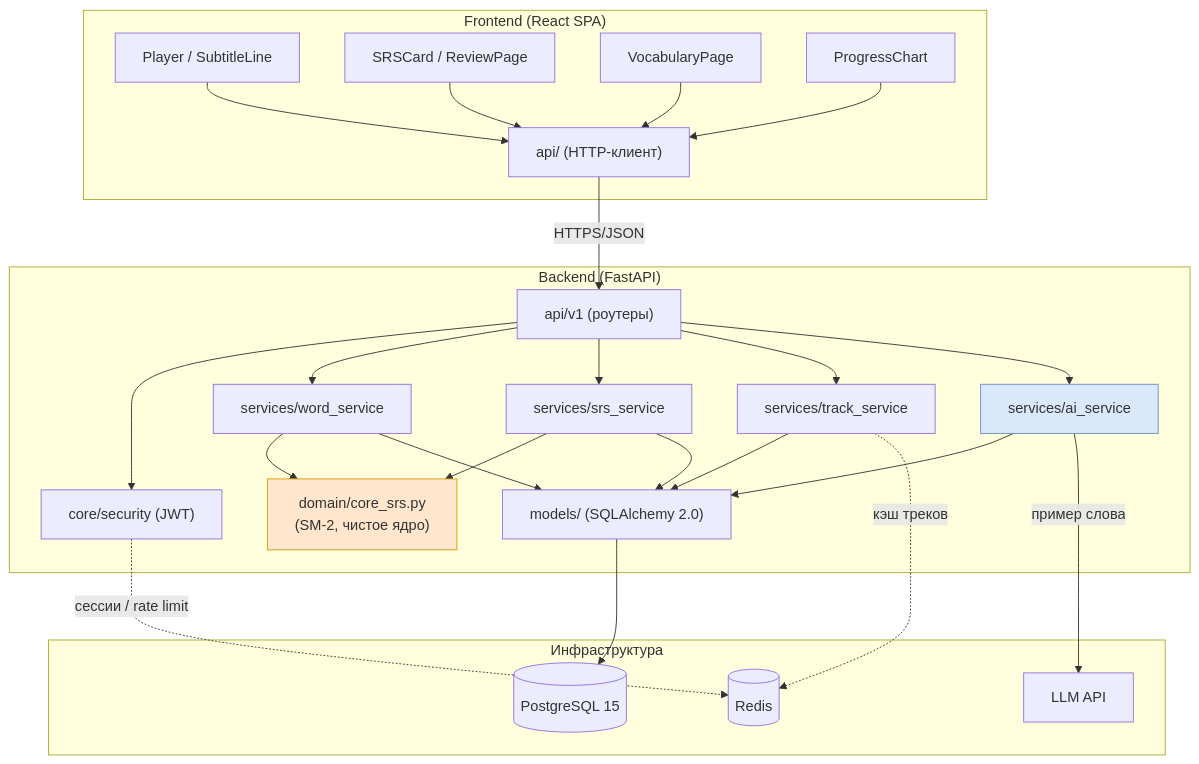
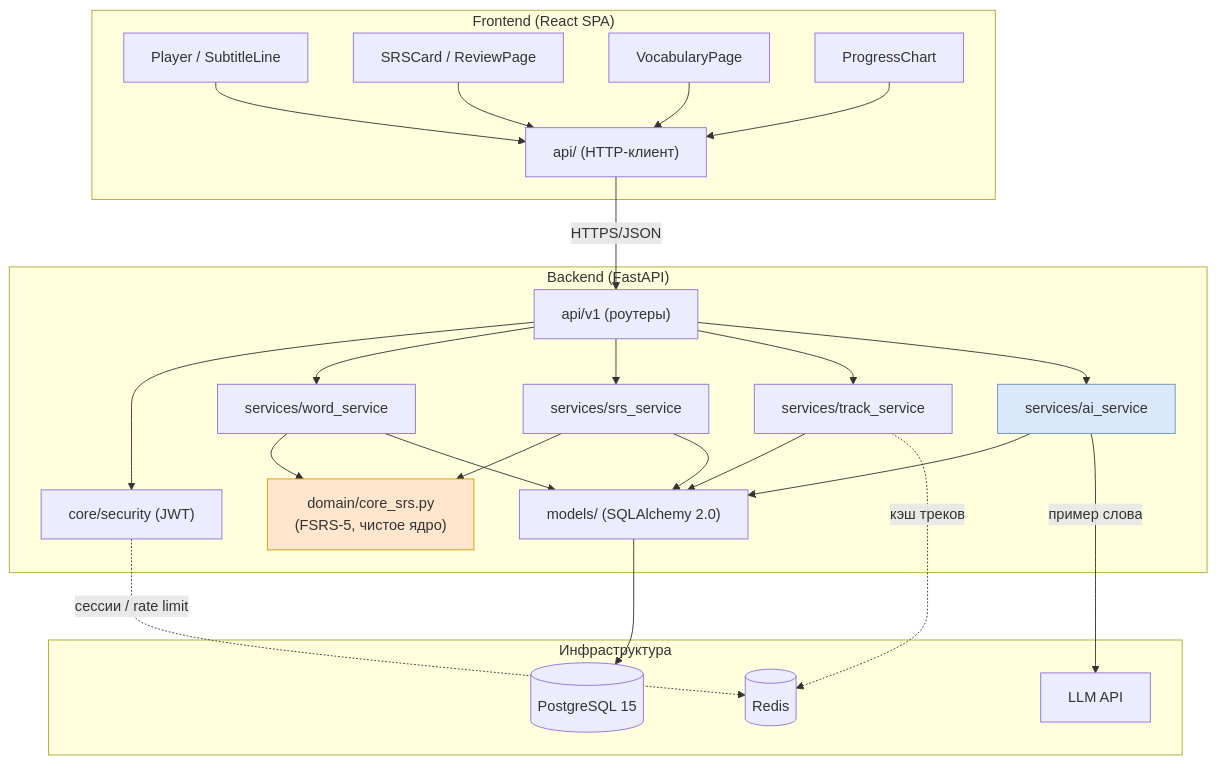
Before and after one commit to Have-A-Cigar/linguabeat: the fifth of 7 diagrams in docs/ARCHITECTURE.md, drawn with Mermaid. The commit also changed other lines of this file and 2 other files, not shown here.

First line of the commit message:
docs: fix SM-2 references to FSRS-5, clean up descriptions

````diff
--- a/docs/ARCHITECTURE.md
+++ b/docs/ARCHITECTURE.md
@@ -290,52 +290,52 @@
 ```mermaid
 graph TD
     subgraph Frontend["Frontend (React SPA)"]
         UI_Player["Player / SubtitleLine"]
         UI_SRS["SRSCard / ReviewPage"]
         UI_Vocab["VocabularyPage"]
         UI_Progress["ProgressChart"]
         API_Client["api/ (HTTP-клиент)"]
         UI_Player --> API_Client
         UI_SRS --> API_Client
         UI_Vocab --> API_Client
         UI_Progress --> API_Client
     end
 
     subgraph Backend["Backend (FastAPI)"]
         Router["api/v1 (роутеры)"]
         AuthC["core/security (JWT)"]
         WordSvc["services/word_service"]
         SrsSvc["services/srs_service"]
         TrackSvc["services/track_service"]
         AiSvc["services/ai_service"]
-        Domain["domain/core_srs.py<br/>(SM-2, чистое ядро)"]
+        Domain["domain/core_srs.py<br/>(FSRS-5, чистое ядро)"]
         Repo["models/ (SQLAlchemy 2.0)"]
 
         Router --> AuthC
         Router --> WordSvc
         Router --> SrsSvc
         Router --> TrackSvc
         Router --> AiSvc
         WordSvc --> Domain
         SrsSvc --> Domain
         WordSvc --> Repo
         SrsSvc --> Repo
         TrackSvc --> Repo
         AiSvc --> Repo
     end
 
     subgraph Infra["Инфраструктура"]
         PG[("PostgreSQL 15")]
         RD[("Redis")]
         LLM["LLM API"]
     end
 
     API_Client -->|HTTPS/JSON| Router
     Repo --> PG
     TrackSvc -.->|кэш треков| RD
     AuthC -.->|сессии / rate limit| RD
     AiSvc -->|пример слова| LLM
 
     style Domain fill:#ffe6cc,stroke:#d79b00
     style AiSvc fill:#dae8fc,stroke:#6c8ebf
 ```
````
